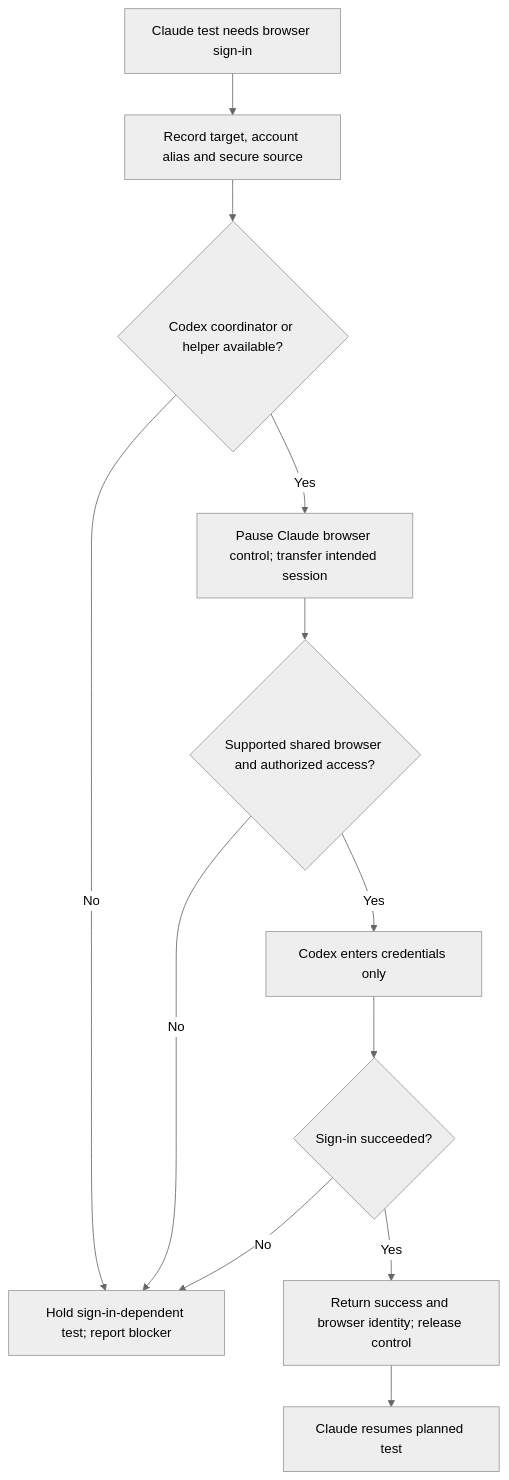
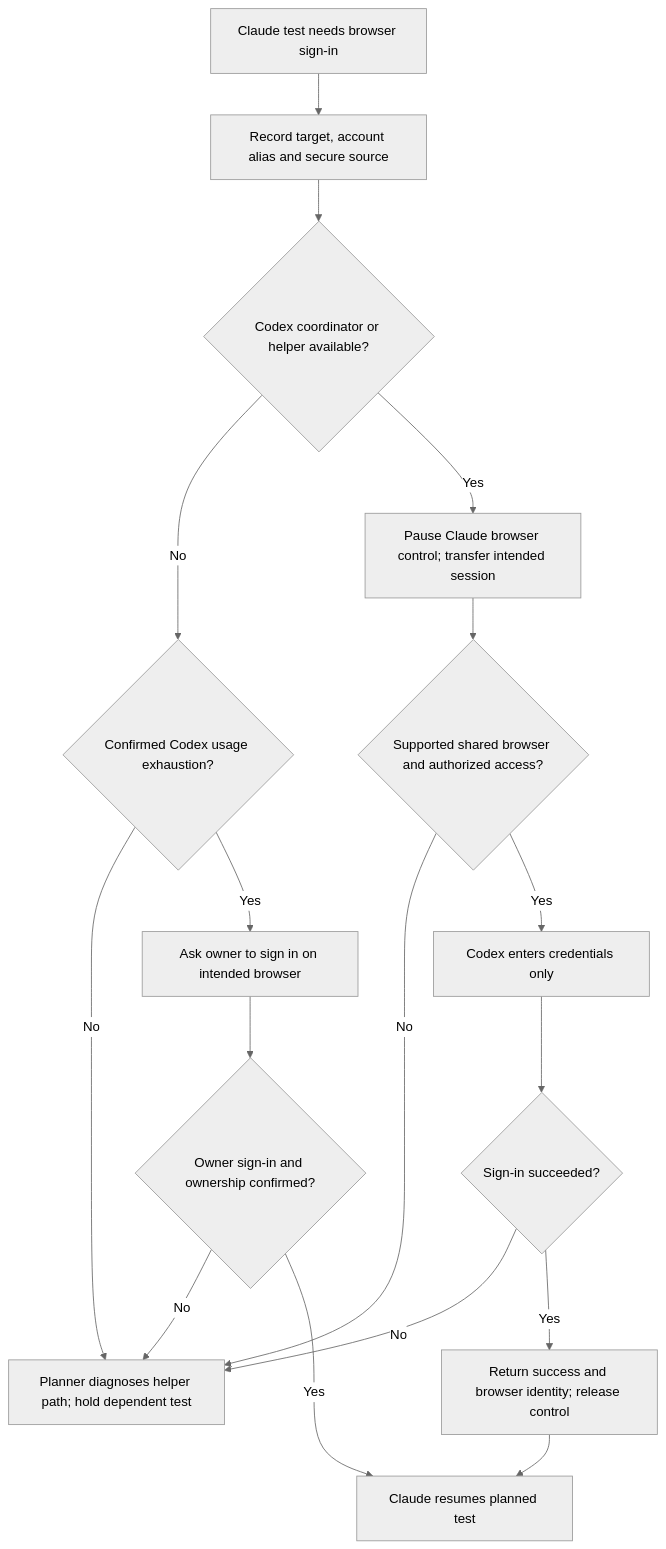
One commit to rodrigolmiranda/agent-skills changed the tenth of 10 diagrams in skills/interchange/references/diagrams.md. Above: the diagram before and after it, drawn with Mermaid (neutral theme). The commit also changed 6 other files, not shown here.

````diff
--- a/skills/interchange/references/diagrams.md
+++ b/skills/interchange/references/diagrams.md
@@ -236,14 +236,19 @@
 ```mermaid
 flowchart TD
   A[Claude test needs browser sign-in] --> B[Record target, account alias and secure source]
   B --> C{Codex coordinator or helper available?}
-  C -->|No| D[Hold sign-in-dependent test; report blocker]
+  C -->|No| K{Confirmed Codex usage exhaustion?}
+  K -->|No| D[Planner diagnoses helper path; hold dependent test]
+  K -->|Yes| O[Ask owner to sign in on intended browser]
+  O --> P{Owner sign-in and ownership confirmed?}
+  P -->|No| D
+  P -->|Yes| J[Claude resumes planned test]
   C -->|Yes| E[Pause Claude browser control; transfer intended session]
   E --> F{Supported shared browser and authorized access?}
   F -->|No| D
   F -->|Yes| G[Codex enters credentials only]
   G --> H{Sign-in succeeded?}
   H -->|No| D
   H -->|Yes| I[Return success and browser identity; release control]
   I --> J[Claude resumes planned test]
 ```
````
